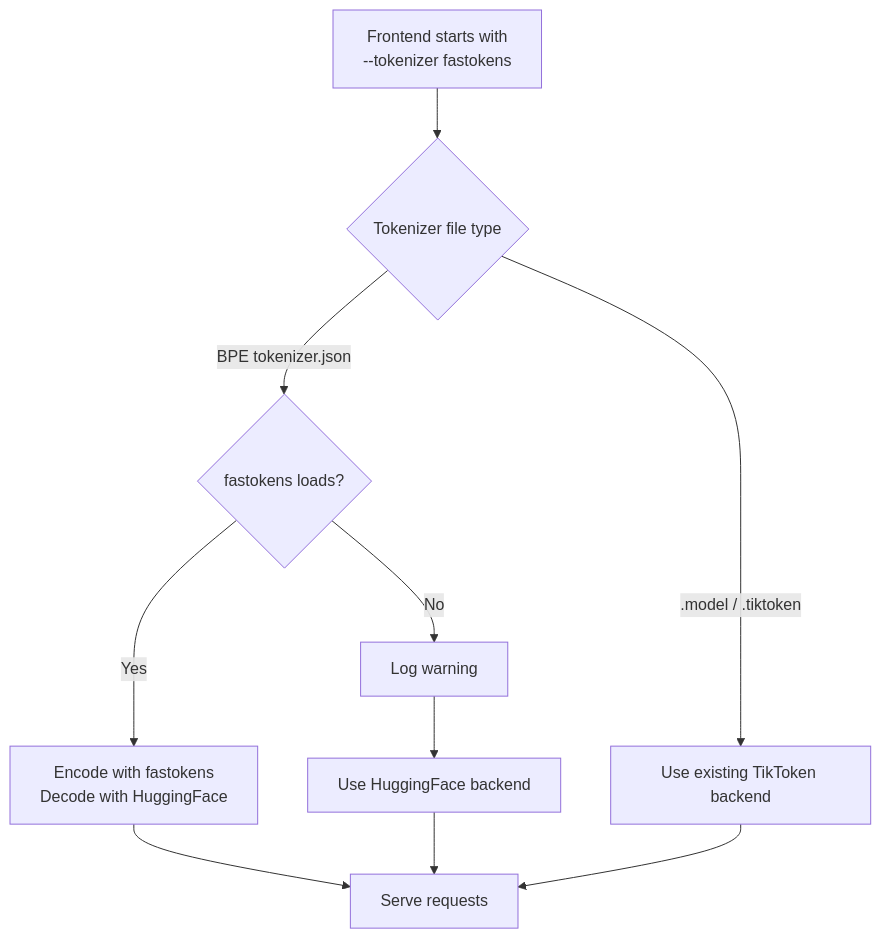
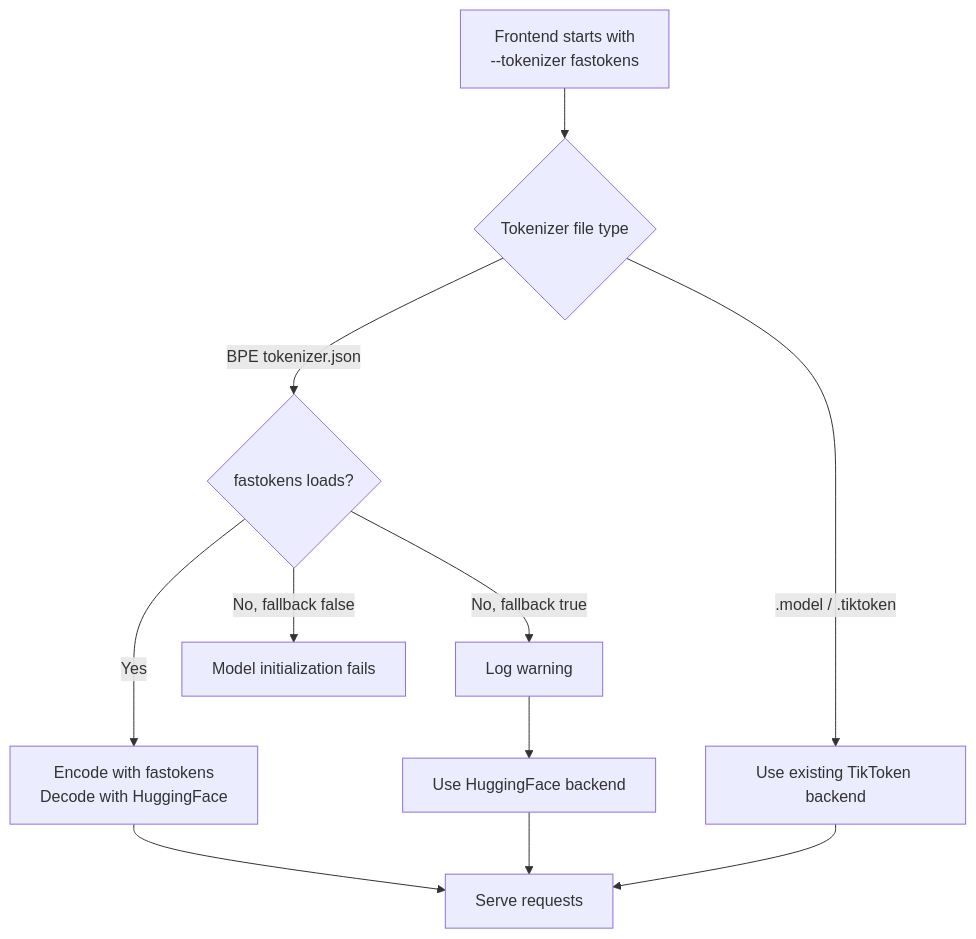
The diagram in docs/fern/pages/use-cases/fastokens-tokenizer/overview.md (ai-dynamo/dynamo), drawn with Mermaid before and after one commit. The commit also changed 6 other files, not shown here.

````diff
--- a/docs/fern/pages/use-cases/fastokens-tokenizer/overview.md
+++ b/docs/fern/pages/use-cases/fastokens-tokenizer/overview.md
@@ -122,11 +122,12 @@
   ```mermaid
   flowchart TD
       Start["Frontend starts with<br/>--tokenizer fastokens"] --> Kind{"Tokenizer file type"}
       Kind -->|BPE tokenizer.json| Load{"fastokens loads?"}
       Kind -->|.model / .tiktoken| Other["Use existing TikToken backend"]
       Load -->|Yes| Fast["Encode with fastokens<br/>Decode with HuggingFace"]
-      Load -->|No| Warn["Log warning"] --> Default["Use HuggingFace backend"]
+      Load -->|No, fallback true| Warn["Log warning"] --> Default["Use HuggingFace backend"]
+      Load -->|No, fallback false| Fail["Model initialization fails"]
       Fast --> Serve["Serve requests"]
       Default --> Serve
       Other --> Serve
   ```
````
